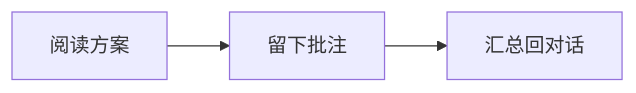
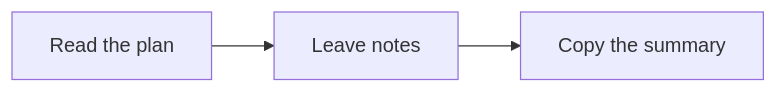
The diagram in examples/README.md (charlieYong/review-desk), drawn with Mermaid before and after one commit. The commit also changed other lines of this file and 8 other files, not shown here.

````diff
--- a/examples/README.md
+++ b/examples/README.md
@@ -27,5 +25,5 @@
 ```mermaid
 flowchart LR
-    A[阅读方案] --> B[留下批注]
-    B --> C[汇总回对话]
+    A[Read the plan] --> B[Leave notes]
+    B --> C[Copy the summary]
 ```
````
